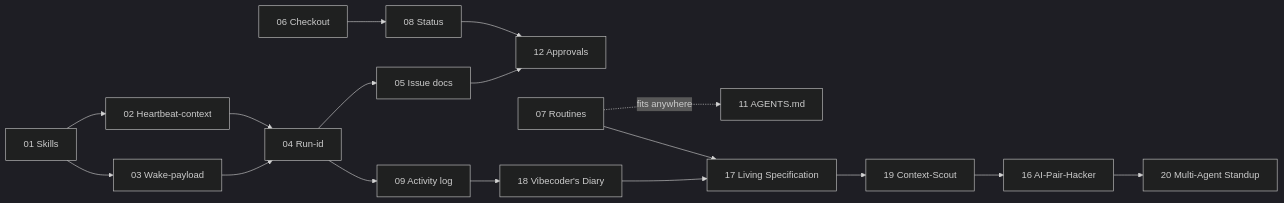
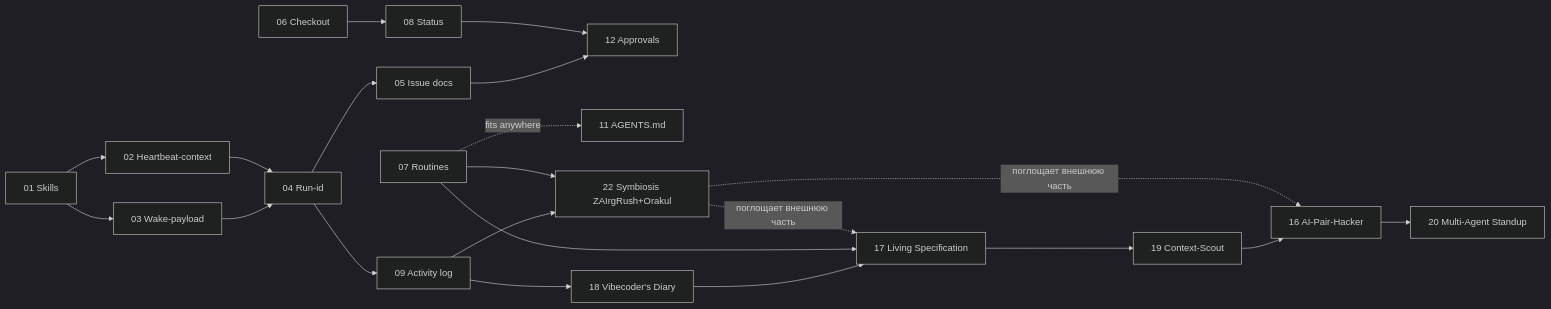
One commit to Orange-hanter/cod-doc changed the diagram in proposals/README.md. Above: the diagram before and after it, drawn with Mermaid (dark theme). The commit also changed other lines of this file and 4 other files, not shown here.

First line of the commit message:
docs(symbiosis): RFC 22 — reorg adoption-2026-08, пилоты → ZAIrgRush/Orakul

````diff
--- a/proposals/README.md
+++ b/proposals/README.md
@@ -60,21 +70,27 @@
 ```mermaid
 graph LR
     A[01 Skills] --> B[03 Wake-payload]
     A --> C[02 Heartbeat-context]
     B --> D[04 Run-id]
     C --> D
     D --> E[09 Activity log]
     D --> F[05 Issue docs]
     F --> G[12 Approvals]
     H[08 Status] --> G
     I[06 Checkout] --> H
     J[07 Routines] -.fits anywhere.-> K[11 AGENTS.md]
     
     %% Hackathon-track
     E --> L[18 Vibecoder's Diary]
     L --> M[17 Living Specification]
     J --> M
     M --> N[19 Context-Scout]
     N --> O[16 AI-Pair-Hacker]
     O --> P[20 Multi-Agent Standup]
+
+    %% Symbiosis-track
+    E --> Q[22 Symbiosis ZAIrgRush+Orakul]
+    J --> Q
+    Q -.поглощает внешнюю часть.-> O
+    Q -.поглощает внешнюю часть.-> M
 ```
````
